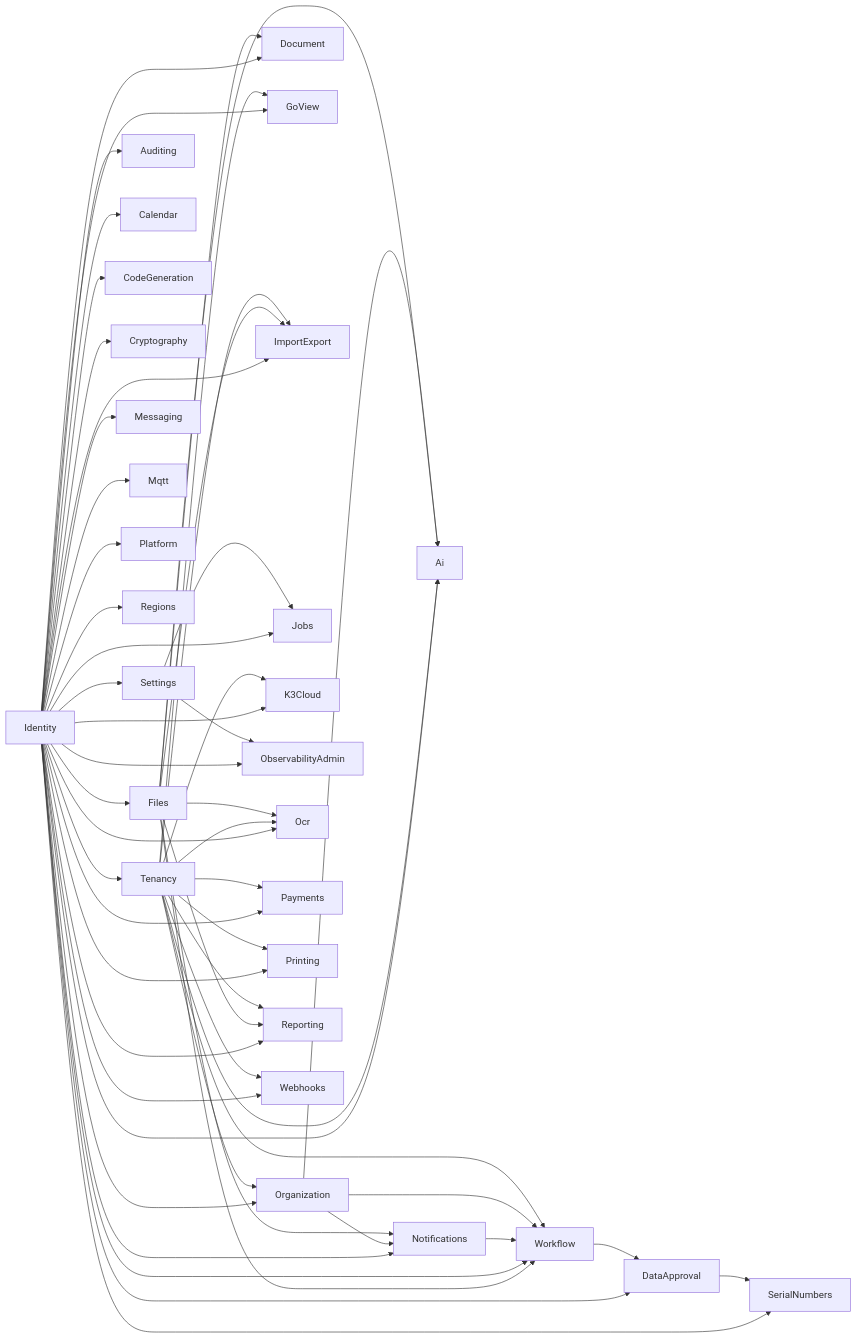
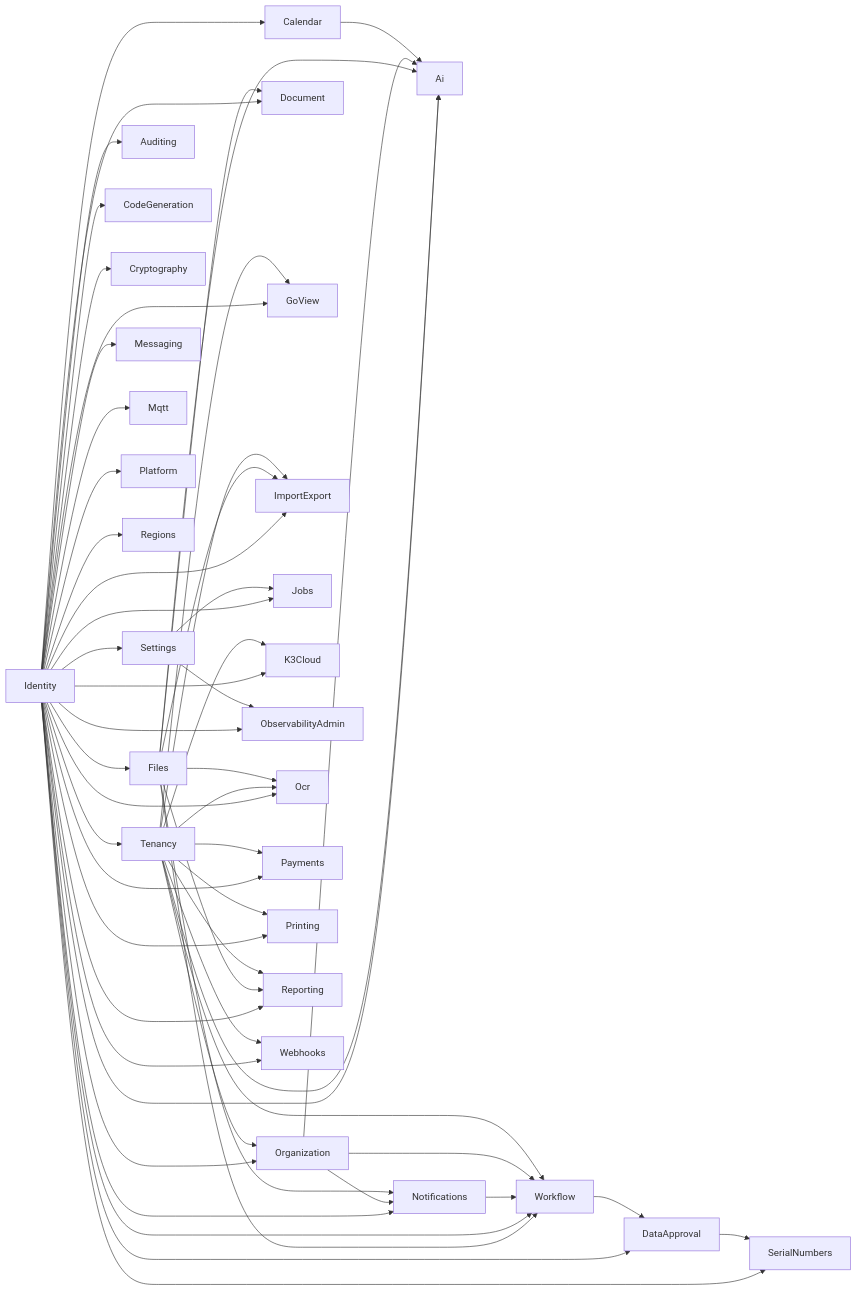
One commit to yan041108/Full.NET changed the diagram in docs/operations/module-dependency-graph.mmd. Above: the diagram before and after it, drawn with Mermaid. The commit also changed 4 other files, not shown here.

```diff
--- a/docs/operations/module-dependency-graph.mmd
+++ b/docs/operations/module-dependency-graph.mmd
@@ -1,57 +1,58 @@
 %% 自动生成：pnpm run generate:module-dependency-graph
 %% 源：src/Modules/*Module.cs IFullNetModule.Dependencies
 flowchart LR
   Identity --> Ai
   Tenancy --> Ai
   Files --> Ai
   Organization --> Ai
+  Calendar --> Ai
   Identity --> Auditing
   Identity --> Calendar
   Identity --> CodeGeneration
   Identity --> Cryptography
   Identity --> DataApproval
   Workflow --> DataApproval
   Identity --> Document
   Files --> Document
   Identity --> Files
   Identity --> GoView
   Tenancy --> GoView
   Identity --> ImportExport
   Files --> ImportExport
   Tenancy --> ImportExport
   Identity --> Jobs
   Settings --> Jobs
   Identity --> K3Cloud
   Tenancy --> K3Cloud
   Identity --> Messaging
   Identity --> Mqtt
   Identity --> Notifications
   Organization --> Notifications
   Files --> Notifications
   Identity --> ObservabilityAdmin
   Settings --> ObservabilityAdmin
   Identity --> Ocr
   Tenancy --> Ocr
   Files --> Ocr
   Identity --> Organization
   Tenancy --> Organization
   Identity --> Payments
   Tenancy --> Payments
   Identity --> Platform
   Identity --> Printing
   Tenancy --> Printing
   Identity --> Regions
   Identity --> Reporting
   Files --> Reporting
   Tenancy --> Reporting
   Identity --> SerialNumbers
   DataApproval --> SerialNumbers
   Identity --> Settings
   Identity --> Tenancy
   Identity --> Webhooks
   Tenancy --> Webhooks
   Files --> Workflow
   Identity --> Workflow
   Notifications --> Workflow
   Organization --> Workflow
   Tenancy --> Workflow
```
